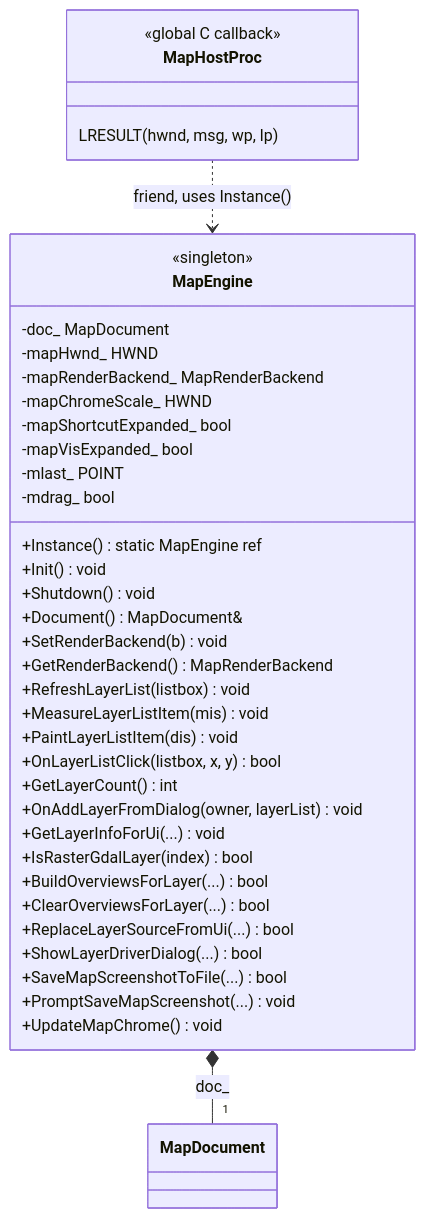
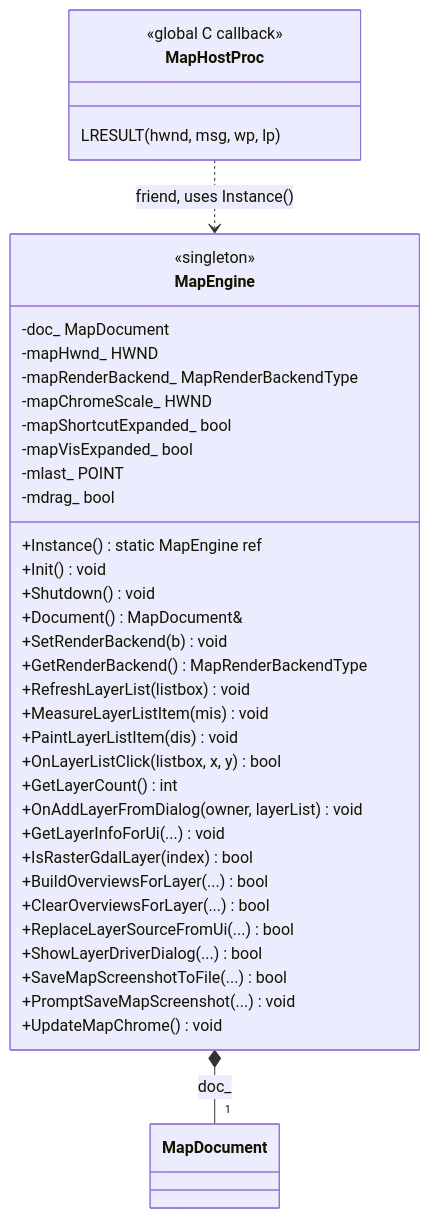
The second of 4 diagrams in ai-software-engineering/02-physical/gis-desktop-win32/uml-class-map.md (shelltdf/AGIS), drawn with Mermaid before and after one commit. The commit also changed other lines of this file and 38 other files, not shown here.

````diff
--- a/ai-software-engineering/02-physical/gis-desktop-win32/uml-class-map.md
+++ b/ai-software-engineering/02-physical/gis-desktop-win32/uml-class-map.md
@@ -116,42 +116,42 @@
 ```mermaid
 classDiagram
   direction TB
   class MapEngine {
     <<singleton>>
     +Instance() static MapEngine ref
     +Init() void
     +Shutdown() void
     +Document() MapDocument&
     +SetRenderBackend(b) void
-    +GetRenderBackend() MapRenderBackend
+    +GetRenderBackend() MapRenderBackendType
     +RefreshLayerList(listbox) void
     +MeasureLayerListItem(mis) void
     +PaintLayerListItem(dis) void
     +OnLayerListClick(listbox, x, y) bool
     +GetLayerCount() int
     +OnAddLayerFromDialog(owner, layerList) void
     +GetLayerInfoForUi(...) void
     +IsRasterGdalLayer(index) bool
     +BuildOverviewsForLayer(...) bool
     +ClearOverviewsForLayer(...) bool
     +ReplaceLayerSourceFromUi(...) bool
     +ShowLayerDriverDialog(...) bool
     +SaveMapScreenshotToFile(...) bool
     +PromptSaveMapScreenshot(...) void
     +UpdateMapChrome() void
     -doc_ MapDocument
     -mapHwnd_ HWND
-    -mapRenderBackend_ MapRenderBackend
+    -mapRenderBackend_ MapRenderBackendType
     -mapChromeScale_ HWND
     -mapShortcutExpanded_ bool
     -mapVisExpanded_ bool
     -mlast_ POINT
     -mdrag_ bool
   }
   MapEngine *-- "1" MapDocument : doc_
   class MapHostProc {
     <<global C callback>>
     LRESULT(hwnd, msg, wp, lp)
   }
   MapHostProc ..> MapEngine : friend, uses Instance()
 ```
````
